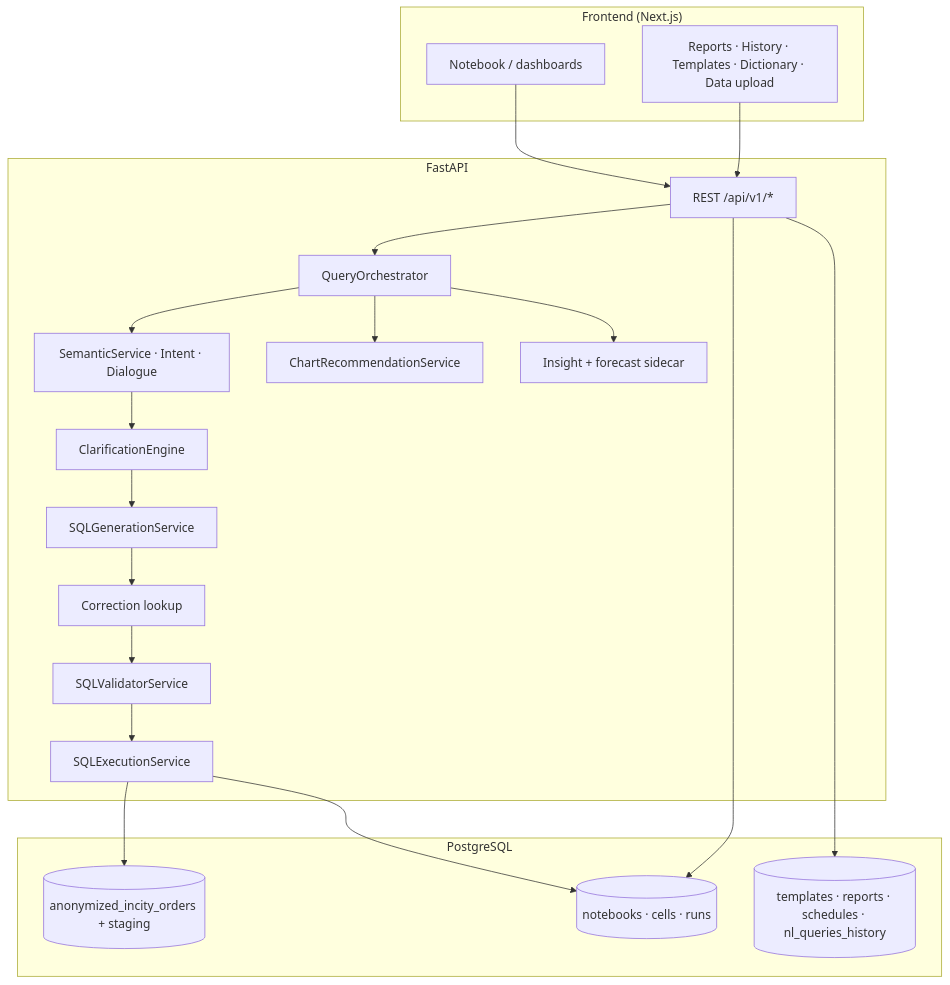
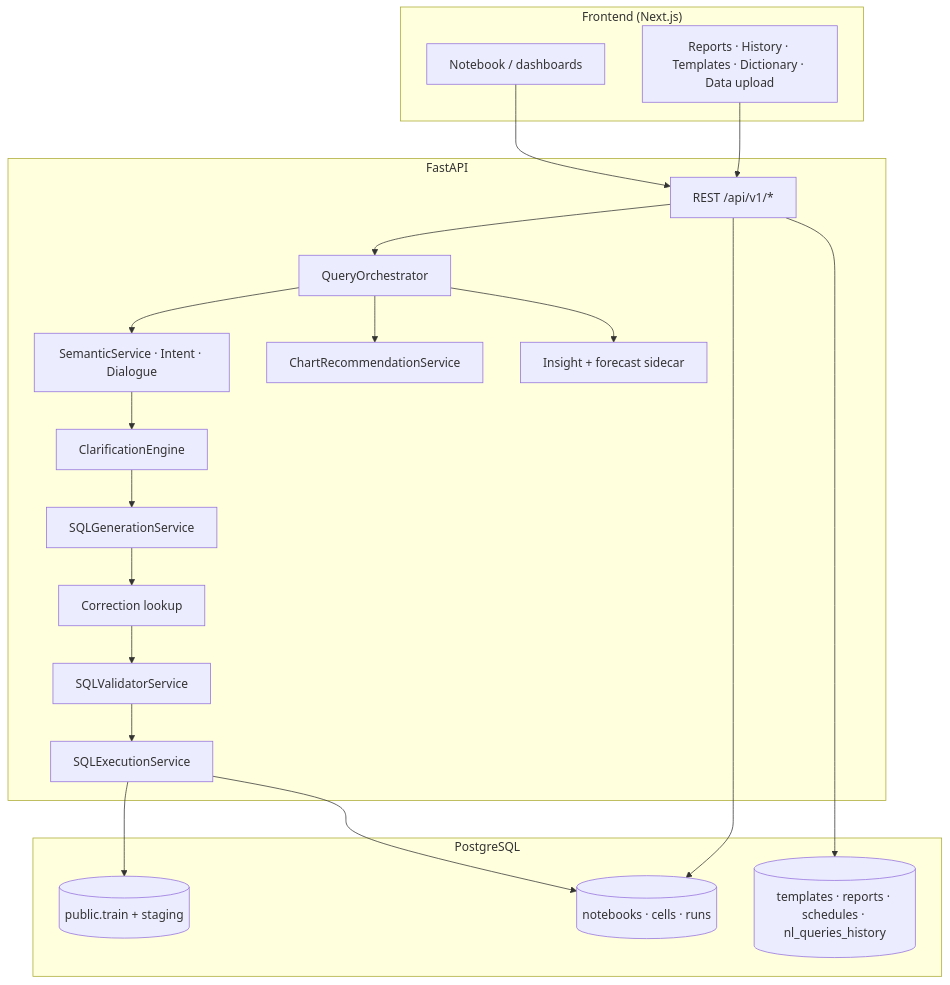
Before and after one commit to TronTanya/Drivee-Analytics: the diagram in docs/architecture.md, drawn with Mermaid. The commit also changed other lines of this file and 173 other files, not shown here.

````diff
--- a/docs/architecture.md
+++ b/docs/architecture.md
@@ -16,42 +16,42 @@
 ```mermaid
 flowchart TB
   subgraph fe["Frontend (Next.js)"]
     NB["Notebook / dashboards"]
     SYS["Reports · History · Templates · Dictionary · Data upload"]
   end
 
   subgraph api["FastAPI"]
     R["REST /api/v1/*"]
     ORC["QueryOrchestrator"]
     SEM["SemanticService · Intent · Dialogue"]
     CLAR["ClarificationEngine"]
     SQLG["SQLGenerationService"]
     COR["Correction lookup"]
     VAL["SQLValidatorService"]
     EXE["SQLExecutionService"]
     CHART["ChartRecommendationService"]
     INS["Insight + forecast sidecar"]
   end
 
   subgraph db["PostgreSQL"]
-    ORD[("anonymized_incity_orders + staging")]
+    ORD[("public.train + staging")]
     NBDB[("notebooks · cells · runs")]
     META[("templates · reports · schedules · nl_queries_history")]
   end
 
   NB --> R
   SYS --> R
   R --> ORC
   ORC --> SEM
   SEM --> CLAR
   CLAR --> SQLG
   SQLG --> COR
   COR --> VAL
   VAL --> EXE
   EXE --> ORD
   EXE --> NBDB
   ORC --> CHART
   ORC --> INS
   R --> NBDB
   R --> META
 ```
````
